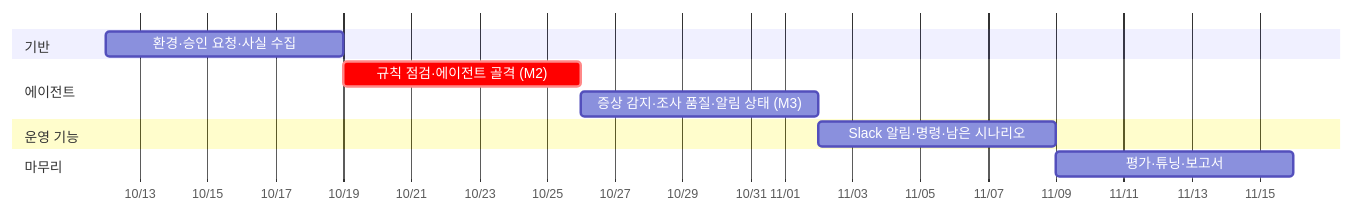
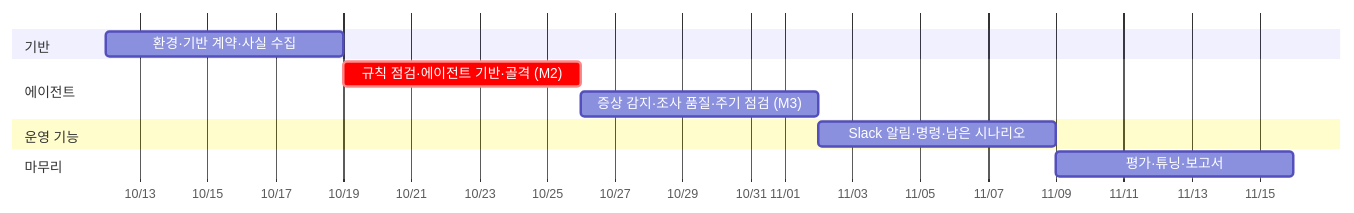
Before and after one commit to skax-jihyeryu/KubeGuardian: the diagram in docs/02-execution-plan.md, drawn with Mermaid. The commit also changed other lines of this file and 6 other files, not shown here.

````diff
--- a/docs/02-execution-plan.md
+++ b/docs/02-execution-plan.md
@@ -261,14 +296,14 @@
 ```mermaid
 gantt
     dateFormat YYYY-MM-DD
     axisFormat %m/%d
     section 기반
-    환경·승인 요청·사실 수집 :w1, 2026-10-12, 7d
+    환경·기반 계약·사실 수집 :w1, 2026-10-12, 7d
     section 에이전트
-    규칙 점검·에이전트 골격 (M2) :crit, w2, after w1, 7d
-    증상 감지·조사 품질·알림 상태 (M3) :w3, after w2, 7d
+    규칙 점검·에이전트 기반·골격 (M2) :crit, w2, after w1, 7d
+    증상 감지·조사 품질·주기 점검 (M3) :w3, after w2, 7d
     section 운영 기능
     Slack 알림·명령·남은 시나리오 :w4, after w3, 7d
     section 마무리
     평가·튜닝·보고서 :w5, after w4, 7d
 ```
````
